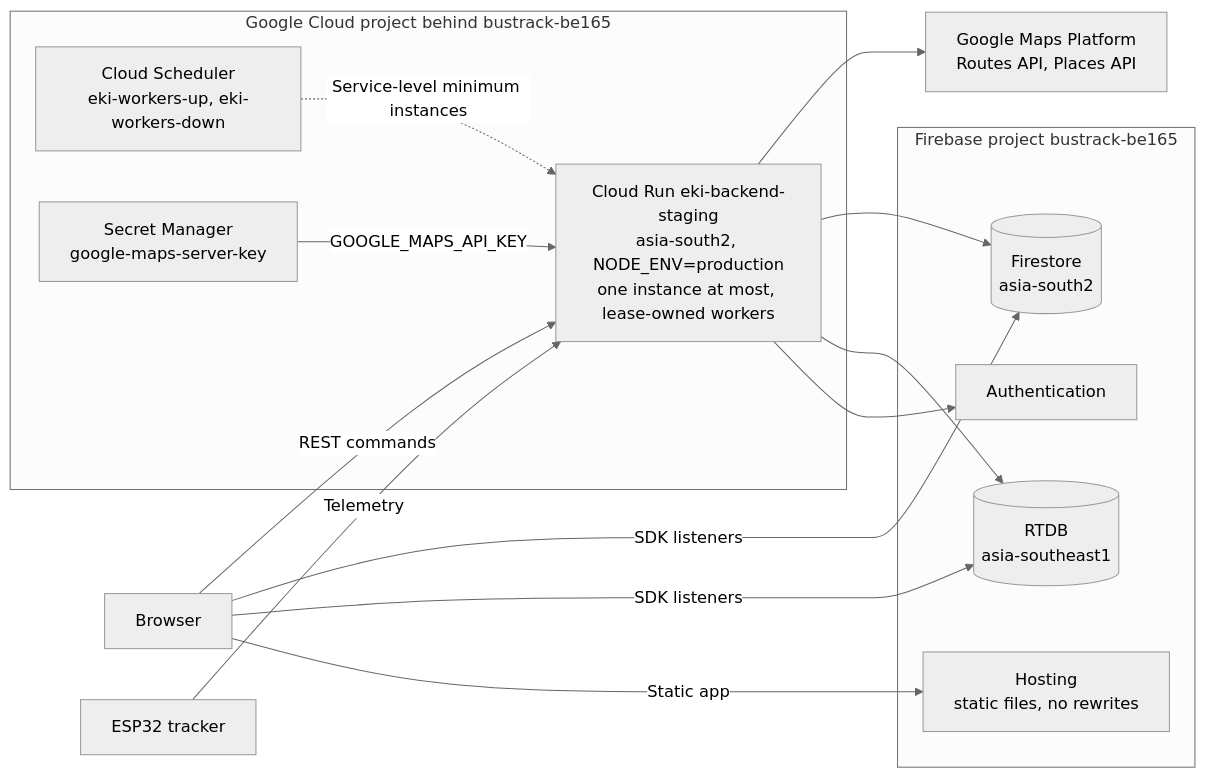
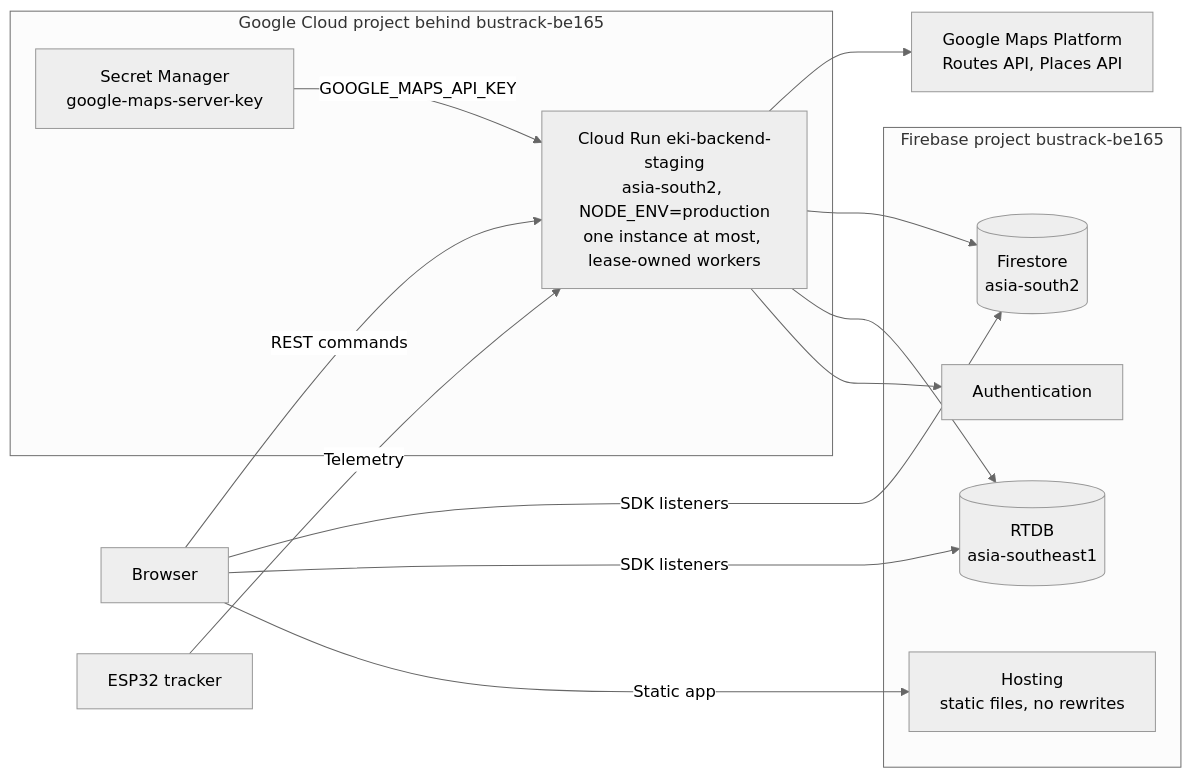
One commit to notnamansinha/Eki changed the third of 6 diagrams in docs/design/ARCHITECTURE.md. Above: the diagram before and after it, drawn with Mermaid (neutral theme). The commit also changed other lines of this file and 10 other files, not shown here.

First line of the commit message:
ci(deploy): pin request billing and minScale 0 in the Cloud Run manifest (#573)

````diff
--- a/docs/design/ARCHITECTURE.md
+++ b/docs/design/ARCHITECTURE.md
@@ -133,28 +133,26 @@
 ```mermaid
 flowchart LR
     phone["Browser"]
     esp["ESP32 tracker"]
     subgraph gcp["Google Cloud project behind bustrack-be165"]
         run["Cloud Run eki-backend-staging<br/>asia-south2, NODE_ENV=production<br/>one instance at most, lease-owned workers"]
-        sched["Cloud Scheduler<br/>eki-workers-up, eki-workers-down"]
         sm["Secret Manager<br/>google-maps-server-key"]
     end
     subgraph fb["Firebase project bustrack-be165"]
         host["Hosting<br/>static files, no rewrites"]
         authn["Authentication"]
         db1[("RTDB<br/>asia-southeast1")]
         db2[("Firestore<br/>asia-south2")]
     end
     maps["Google Maps Platform<br/>Routes API, Places API"]
     phone -->|"Static app"| host
     phone -->|"REST commands"| run
     esp -->|"Telemetry"| run
-    sched -.->|"Service-level minimum instances"| run
     sm -->|"GOOGLE_MAPS_API_KEY"| run
     run --> authn
     run --> db1
     run --> db2
     run --> maps
     phone -->|"SDK listeners"| db1
     phone -->|"SDK listeners"| db2
 ```
````
